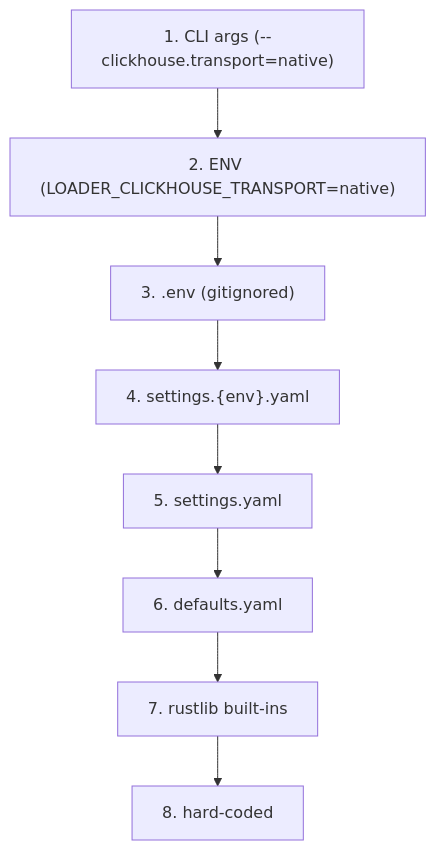
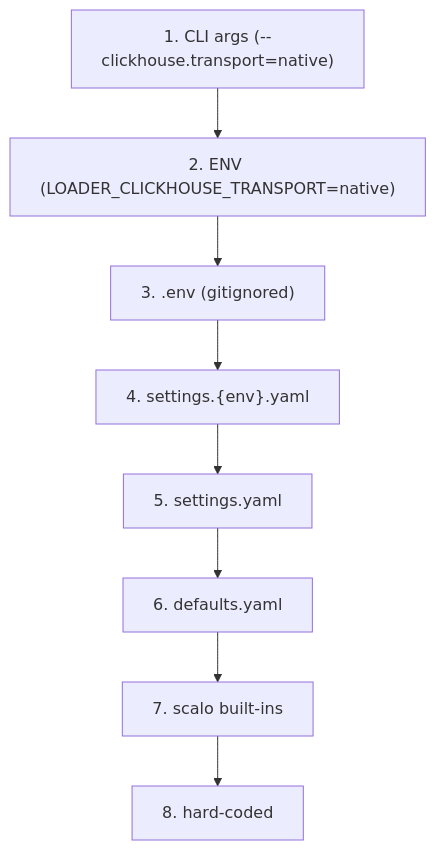
The diagram in docs/CONFIGURATION.md (hyperi-io/dfe-loader), drawn with Mermaid before and after one commit. The commit also changed other lines of this file and 6 other files, not shown here.

First line of the commit message:
docs: rename hyperi-rustlib refs to scalo

````diff
--- a/docs/CONFIGURATION.md
+++ b/docs/CONFIGURATION.md
@@ -16,12 +16,12 @@
 ```mermaid
 flowchart TB
     CLI["1. CLI args (--clickhouse.transport=native)"]
     ENV["2. ENV (LOADER_CLICKHOUSE_TRANSPORT=native)"]
     DOTENV["3. .env (gitignored)"]
     ENVYAML["4. settings.{env}.yaml"]
     YAML["5. settings.yaml"]
     DEF["6. defaults.yaml"]
-    LIB["7. rustlib built-ins"]
+    LIB["7. scalo built-ins"]
     HARD["8. hard-coded"]
     CLI --> ENV --> DOTENV --> ENVYAML --> YAML --> DEF --> LIB --> HARD
 ```
````
